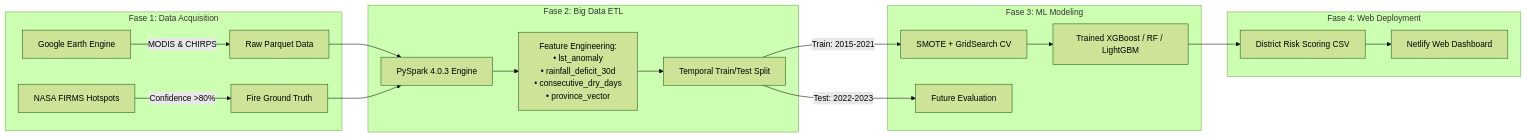
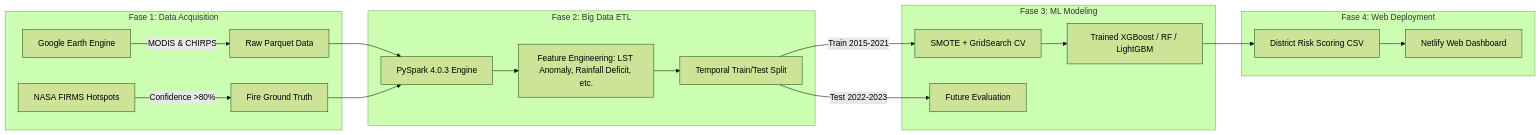
Before and after one commit to ihsarfatiha/peatland-fire-prediction: the second of 2 diagrams in README.md, drawn with Mermaid (forest theme). The commit also changed other lines of this file, not shown here.

Commit message:
fix(readme): perbaiki sintaks mermaid diagram dan spesifikasi blok kode

````diff
--- a/README.md
+++ b/README.md
@@ -83,24 +84,25 @@
 ```mermaid
 flowchart LR
-    subgraph Fase 1: Data Acquisition
-        GEE[Google Earth Engine] -->|MODIS & CHIRPS| Raw[Raw Parquet Data]
-        FIRMS[NASA FIRMS Hotspots] -->|Confidence >80%| Labels[Fire Ground Truth]
+    subgraph Fase1["Fase 1: Data Acquisition"]
+        GEE["Google Earth Engine"] -->|MODIS & CHIRPS| Raw["Raw Parquet Data"]
+        FIRMS["NASA FIRMS Hotspots"] -->|Confidence >80%| Labels["Fire Ground Truth"]
     end
 
-    subgraph Fase 2: Big Data ETL
-        Raw & Labels --> PySpark[PySpark 4.0.3 Engine]
-        PySpark --> FE[Feature Engineering:<br/>• lst_anomaly<br/>• rainfall_deficit_30d<br/>• consecutive_dry_days<br/>• province_vector]
-        FE --> Split[Temporal Train/Test Split]
+    subgraph Fase2["Fase 2: Big Data ETL"]
+        Raw --> PySpark["PySpark 4.0.3 Engine"]
+        Labels --> PySpark
+        PySpark --> FE["Feature Engineering: LST Anomaly, Rainfall Deficit, etc."]
+        FE --> Split["Temporal Train/Test Split"]
     end
 
-    subgraph Fase 3: ML Modeling
-        Split -->|Train: 2015-2021| TrainPipe[SMOTE + GridSearch CV]
-        TrainPipe --> Models[Trained XGBoost / RF / LightGBM]
-        Split -->|Test: 2022-2023| Eval[Future Evaluation]
+    subgraph Fase3["Fase 3: ML Modeling"]
+        Split -->|Train 2015-2021| TrainPipe["SMOTE + GridSearch CV"]
+        TrainPipe --> Models["Trained XGBoost / RF / LightGBM"]
+        Split -->|Test 2022-2023| Eval["Future Evaluation"]
     end
 
-    subgraph Fase 4: Web Deployment
-        Models --> RiskCalc[District Risk Scoring CSV]
-        RiskCalc --> Dash[Netlify Web Dashboard]
+    subgraph Fase4["Fase 4: Web Deployment"]
+        Models --> RiskCalc["District Risk Scoring CSV"]
+        RiskCalc --> Dash["Netlify Web Dashboard"]
     end
 ```
````
